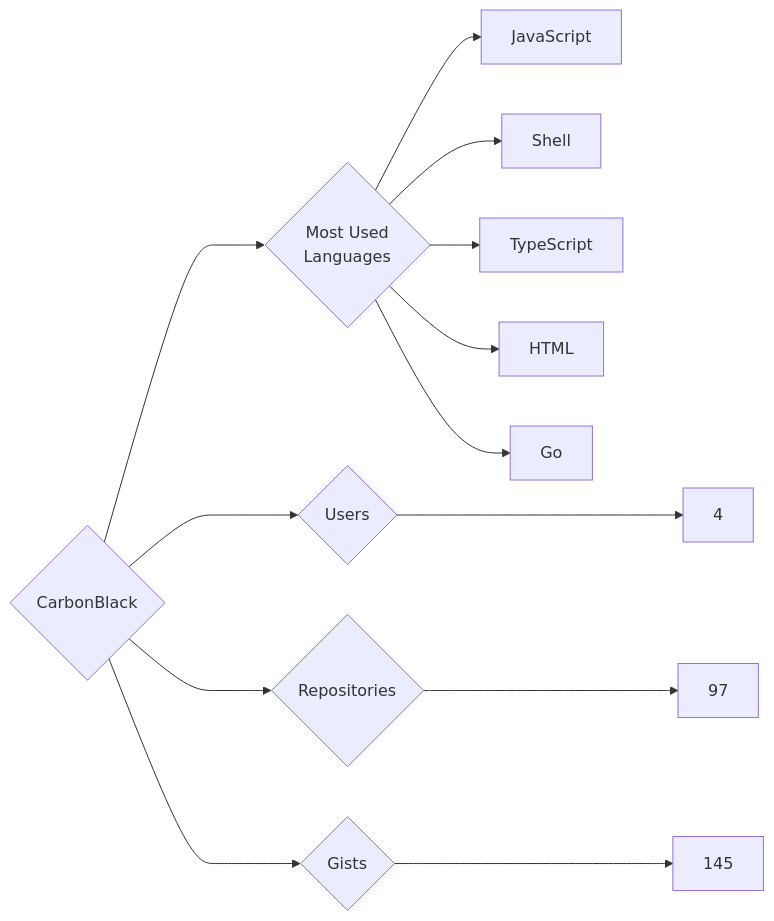
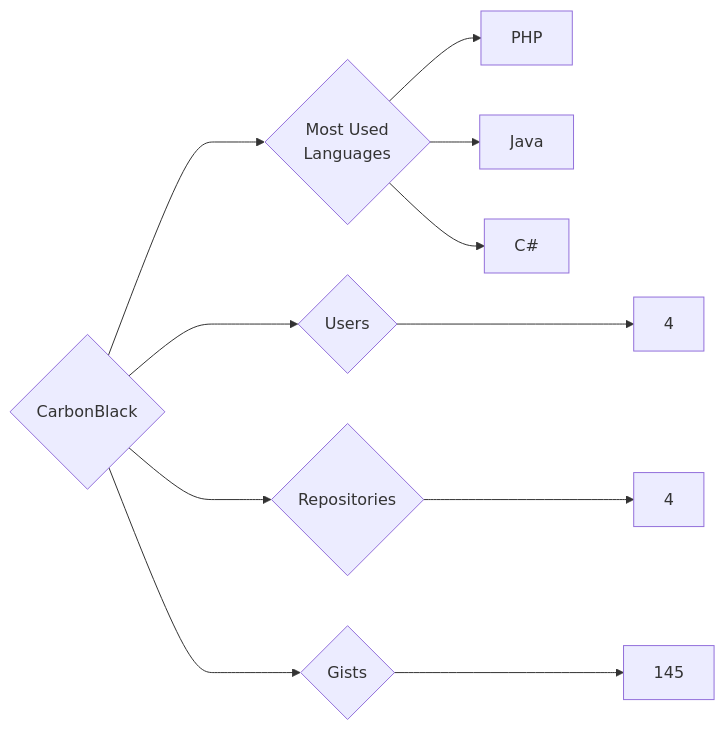
One commit to trickest/insiders changed the diagram in targets/CarbonBlack/README.md. Above: the diagram before and after it, drawn with Mermaid. The commit also changed 1023 other files, not shown here.

````diff
--- a/targets/CarbonBlack/README.md
+++ b/targets/CarbonBlack/README.md
@@ -3,13 +3,11 @@
 ```mermaid
 graph LR
 COMPANY_NAME{CarbonBlack}
 COMPANY_NAME ---> U{Users} ---> UN[4]
-COMPANY_NAME ---> R{Repositories} ---> RN[97]
+COMPANY_NAME ---> R{Repositories} ---> RN[4]
 COMPANY_NAME ---> G{Gists} ---> GN[145]
 COMPANY_NAME ---> ML{Most Used<br>Languages}
-ML --> JavaScript[JavaScript]
-ML --> Shell[Shell]
-ML --> TypeScript[TypeScript]
-ML --> HTML[HTML]
-ML --> Go[Go]
+ML --> PHP[PHP]
+ML --> Java[Java]
+ML --> C#[C#]
 ```
````
